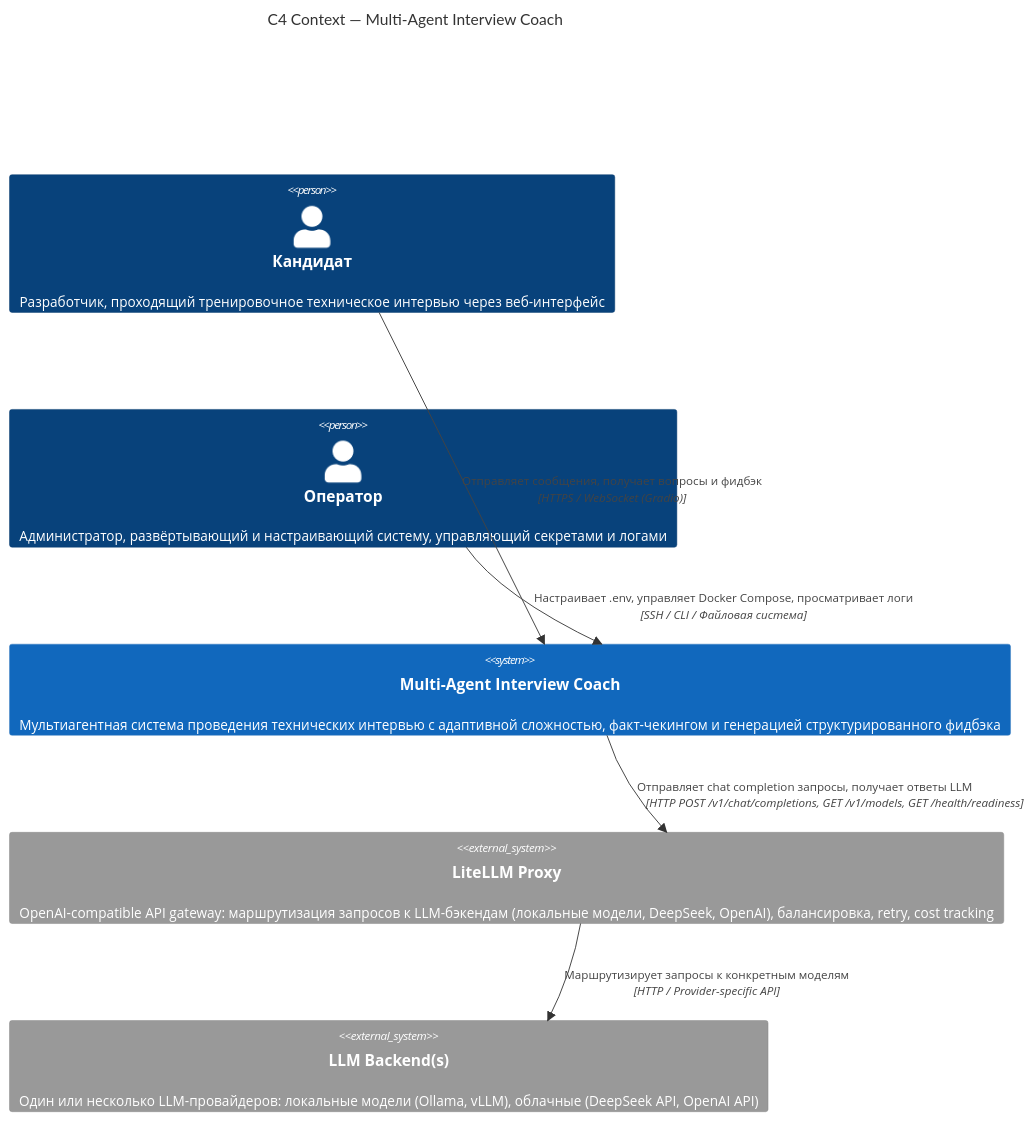
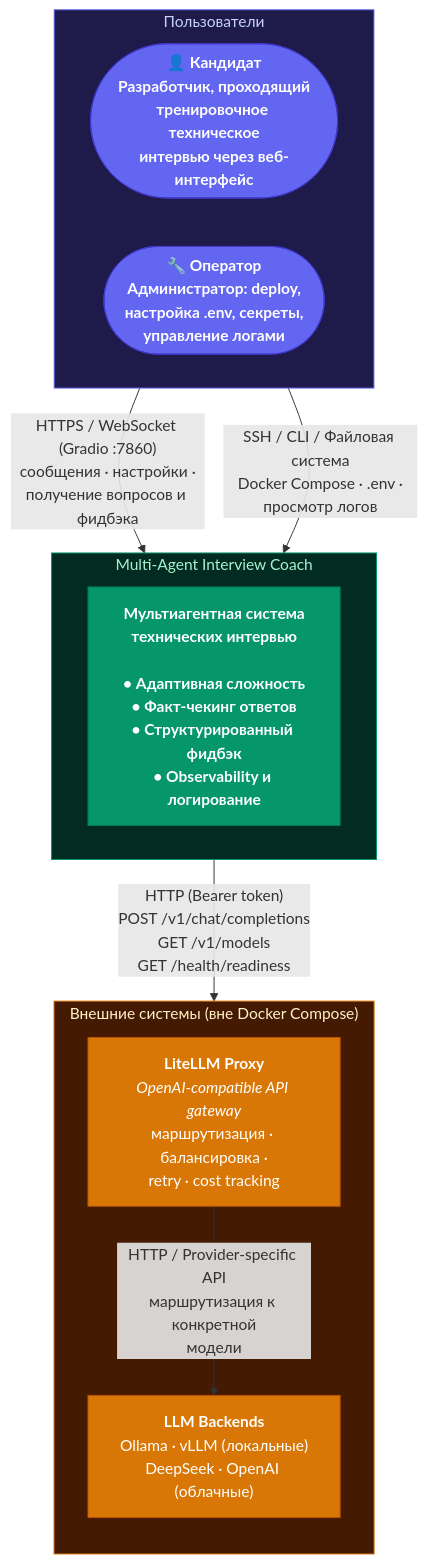
One commit to RomiconEZ/Multi-Agent-Interview-Coach changed the diagram in docs/diagrams/c4-context.md. Above: the diagram before and after it, drawn with Mermaid. The commit also changed other lines of this file and 1 other file, not shown here.

Commit message:
Update C4 context diagram: enhance user and system representation, clarify external dependencies, and improve readability

````diff
--- a/docs/diagrams/c4-context.md
+++ b/docs/diagrams/c4-context.md
@@ -5,20 +9,41 @@
 ```mermaid
-C4Context
-    title C4 Context — Multi-Agent Interview Coach
+flowchart TB
+    subgraph USERS["Пользователи"]
+        direction LR
+        candidate(["👤 Кандидат<br/>Разработчик, проходящий<br/>тренировочное техническое<br/>интервью через веб-интерфейс"])
+        operator(["🔧 Оператор<br/>Администратор: deploy,<br/>настройка .env, секреты,<br/>управление логами"])
+    end
 
-    Person(candidate, "Кандидат", "Разработчик, проходящий тренировочное техническое интервью через веб-интерфейс")
-    Person(operator, "Оператор", "Администратор, развёртывающий и настраивающий систему, управляющий секретами и логами")
+    subgraph SYSTEM["Multi-Agent Interview Coach"]
+        direction LR
+        coach["<b>Мультиагентная система</b><br/>технических интервью<br/><br/>• Адаптивная сложность<br/>• Факт-чекинг ответов<br/>• Структурированный фидбэк<br/>• Observability и логирование"]
+    end
 
-    System(interview_coach, "Multi-Agent Interview Coach", "Мультиагентная система проведения технических интервью с адаптивной сложностью, факт-чекингом и генерацией структурированного фидбэка")
+    subgraph EXTERNAL["Внешние системы (вне Docker Compose)"]
+        direction TB
+        litellm["<b>LiteLLM Proxy</b><br/><i>OpenAI-compatible API gateway</i><br/>маршрутизация · балансировка ·<br/>retry · cost tracking"]
+        llm_backends["<b>LLM Backends</b><br/>Ollama · vLLM (локальные)<br/>DeepSeek · OpenAI (облачные)"]
+    end
 
-    System_Ext(litellm_proxy, "LiteLLM Proxy", "OpenAI-compatible API gateway: маршрутизация запросов к LLM-бэкендам (локальные модели, DeepSeek, OpenAI), балансировка, retry, cost tracking")
-    System_Ext(llm_backend, "LLM Backend(s)", "Один или несколько LLM-провайдеров: локальные модели (Ollama, vLLM), облачные (DeepSeek API, OpenAI API)")
+    %% ── Пользователи → Система ──
+    candidate -->|"HTTPS / WebSocket (Gradio :7860)<br/>сообщения · настройки ·<br/>получение вопросов и фидбэка"| coach
+    operator -->|"SSH / CLI / Файловая система<br/>Docker Compose · .env ·<br/>просмотр логов"| coach
 
-    Rel(candidate, interview_coach, "Отправляет сообщения, получает вопросы и фидбэк", "HTTPS / WebSocket (Gradio)")
-    Rel(operator, interview_coach, "Настраивает .env, управляет Docker Compose, просматривает логи", "SSH / CLI / Файловая система")
+    %% ── Система → Внешние ──
+    coach -->|"HTTP (Bearer token)<br/>POST /v1/chat/completions<br/>GET /v1/models<br/>GET /health/readiness"| litellm
+    litellm -->|"HTTP / Provider-specific API<br/>маршрутизация к конкретной<br/>модели"| llm_backends
 
-    Rel(interview_coach, litellm_proxy, "Отправляет chat completion запросы, получает ответы LLM", "HTTP POST /v1/chat/completions, GET /v1/models, GET /health/readiness")
-    Rel(litellm_proxy, llm_backend, "Маршрутизирует запросы к конкретным моделям", "HTTP / Provider-specific API")
+    %% ── Стили узлов ──
+    classDef person fill:#6366f1,stroke:#4338ca,color:#fff,font-weight:bold
+    classDef sys fill:#059669,stroke:#047857,color:#fff,font-weight:bold
+    classDef ext fill:#d97706,stroke:#b45309,color:#fff
 
-    UpdateLayoutConfig($c4ShapeInRow="3", $c4BoundaryInRow="2")
+    class candidate,operator person
+    class coach sys
+    class litellm,llm_backends ext
+
+    %% ── Стили групп ──
+    style USERS fill:#1e1b4b,stroke:#6366f1,color:#c7d2fe
+    style SYSTEM fill:#022c22,stroke:#059669,color:#a7f3d0
+    style EXTERNAL fill:#451a03,stroke:#d97706,color:#fef3c7
 ```
````
